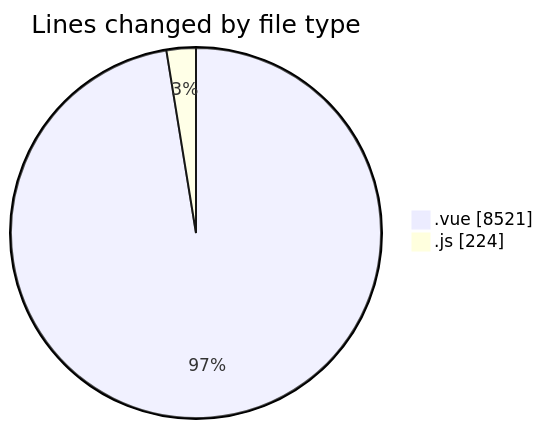
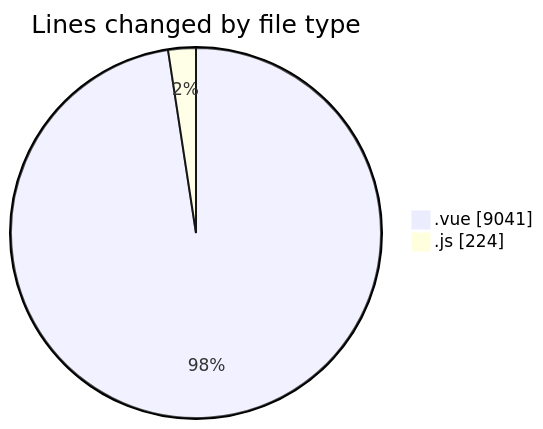
Before and after one commit to lephambinh05/code-tracking: the first of 2 diagrams in 2025-08-14/rentotp/README.md, drawn with Mermaid. The commit also changed other lines of this file and 1 other file, not shown here.

````diff
--- a/2025-08-14/rentotp/README.md
+++ b/2025-08-14/rentotp/README.md
@@ -25,6 +25,6 @@
 ```mermaid
 pie showData
 title Lines changed by file type
-".vue" : 8521
+".vue" : 9041
 ".js" : 224
 ```
````
